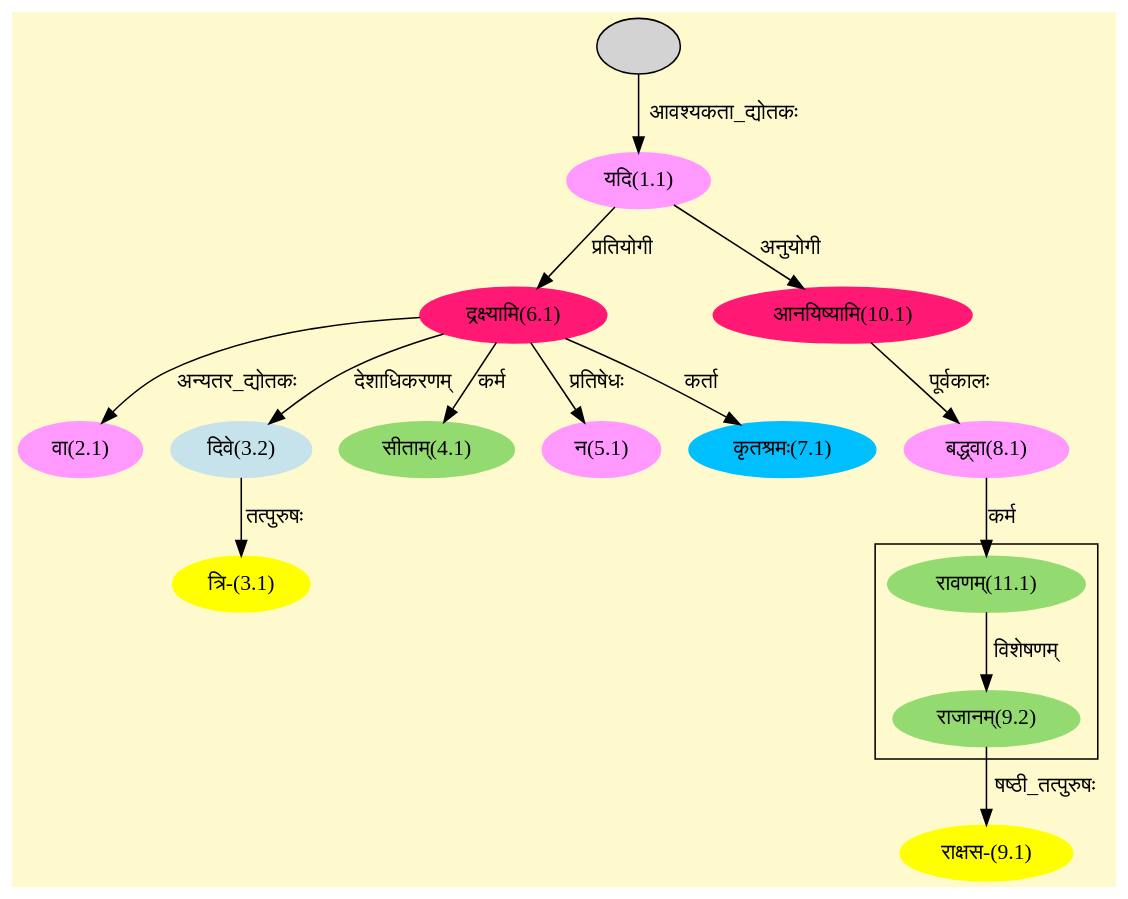
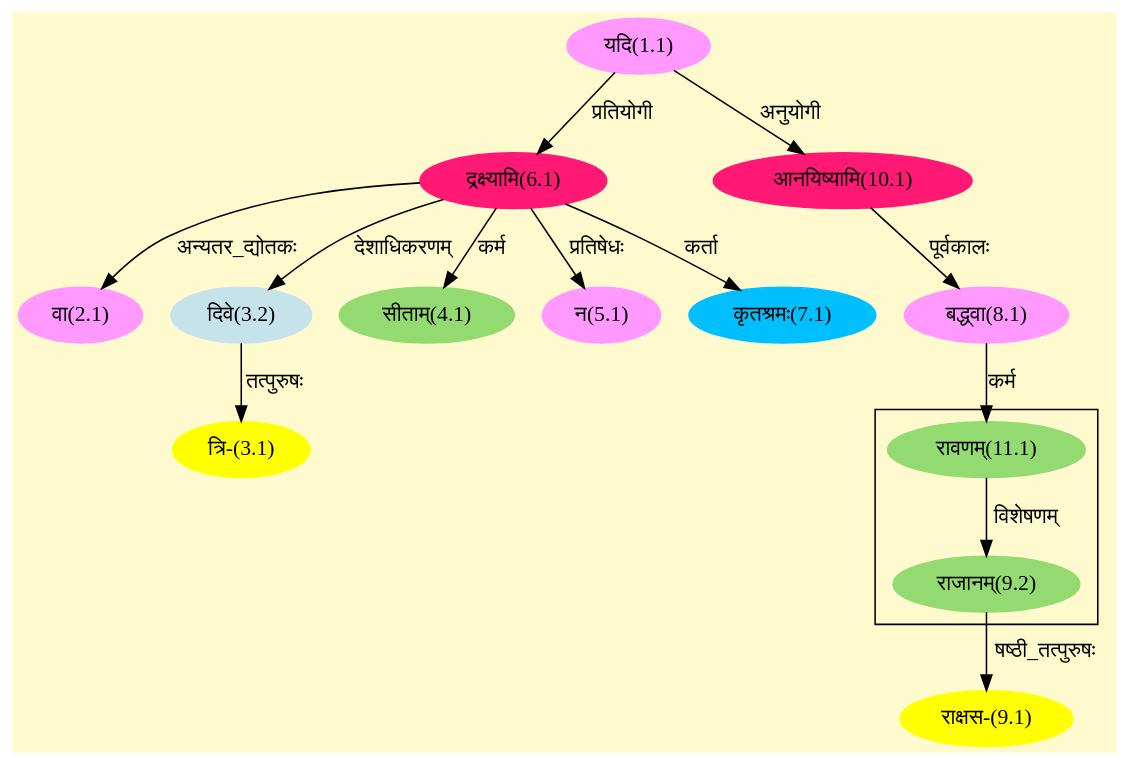
One commit to amarranjan1/skd.github.io changed the diagram in assets/graphs/01_039_2_040_1_1.dot. Above: the diagram before and after it, drawn with Graphviz. The commit also changed 258 other files, not shown here.

```diff
--- a/assets/graphs/01_039_2_040_1_1.dot
+++ b/assets/graphs/01_039_2_040_1_1.dot
@@ -1,40 +1,38 @@
 digraph G{
 rankdir=BT;
  compound=true;
  bgcolor="lemonchiffon1";
 
 subgraph cluster_1{
 Node9_2 [style=filled, color="#93DB70" label = "राजानम्(9.2)"]
 Node11_1 [style=filled, color="#93DB70" label = "रावणम्(11.1)"]
 
 }
-Node1_1 [style=filled, color="#FF99FF" label = "यदि(1.1)"]
-Node12_1 [style=filled, color="" label = ""]
 Node2_1 [style=filled, color="#FF99FF" label = "वा(2.1)"]
 Node6_1 [style=filled, color="#FF1975" label = "द्रक्ष्यामि(6.1)"]
 Node3_1 [style=filled, color="#FFFF00" label = "त्रि-(3.1)"]
 Node3_2 [style=filled, color="#C6E2EB" label = "दिवे(3.2)"]
 Node4_1 [style=filled, color="#93DB70" label = "सीताम्(4.1)"]
 Node5_1 [style=filled, color="#FF99FF" label = "न(5.1)"]
+Node1_1 [style=filled, color="#FF99FF" label = "यदि(1.1)"]
 Node7_1 [style=filled, color="#00BFFF" label = "कृतश्रमः(7.1)"]
 Node8_1 [style=filled, color="#FF99FF" label = "बद्ध्वा(8.1)"]
 Node10_1 [style=filled, color="#FF1975" label = "आनयिष्यामि(10.1)"]
 Node9_1 [style=filled, color="#FFFF00" label = "राक्षस-(9.1)"]
 Node9_2 [style=filled, color="#93DB70" label = "राजानम्(9.2)"]
 Node11_1 [style=filled, color="#93DB70" label = "रावणम्(11.1)"]
 /* Start of Relations section */
 
-Node1_1 -> Node12_1 [  label="आवश्यकता_द्योतकः"  dir="back" ]
 Node2_1 -> Node6_1 [  label="अन्यतर_द्योतकः"  dir="back" ]
 Node3_1 -> Node3_2 [  label="तत्पुरुषः"  dir="back" ]
 Node3_2 -> Node6_1 [  label="देशाधिकरणम्"  dir="back" ]
 Node4_1 -> Node6_1 [  label="कर्म"  dir="back" ]
 Node5_1 -> Node6_1 [  label="प्रतिषेधः"  dir="back" ]
 Node6_1 -> Node1_1 [  label="प्रतियोगी"  dir="back" ]
 Node7_1 -> Node6_1 [  label="कर्ता"  dir="back" ]
 Node8_1 -> Node10_1 [  label="पूर्वकालः"  dir="back" ]
 Node9_1 -> Node9_2 [  label="षष्ठी_तत्पुरुषः"  dir="back" ]
 Node9_2 -> Node11_1 [  label="विशेषणम्"  dir="back" ]
 Node10_1 -> Node1_1 [  label="अनुयोगी"  dir="back" ]
 Node11_1 -> Node8_1 [  label="कर्म"  dir="back" ]
 }
```
